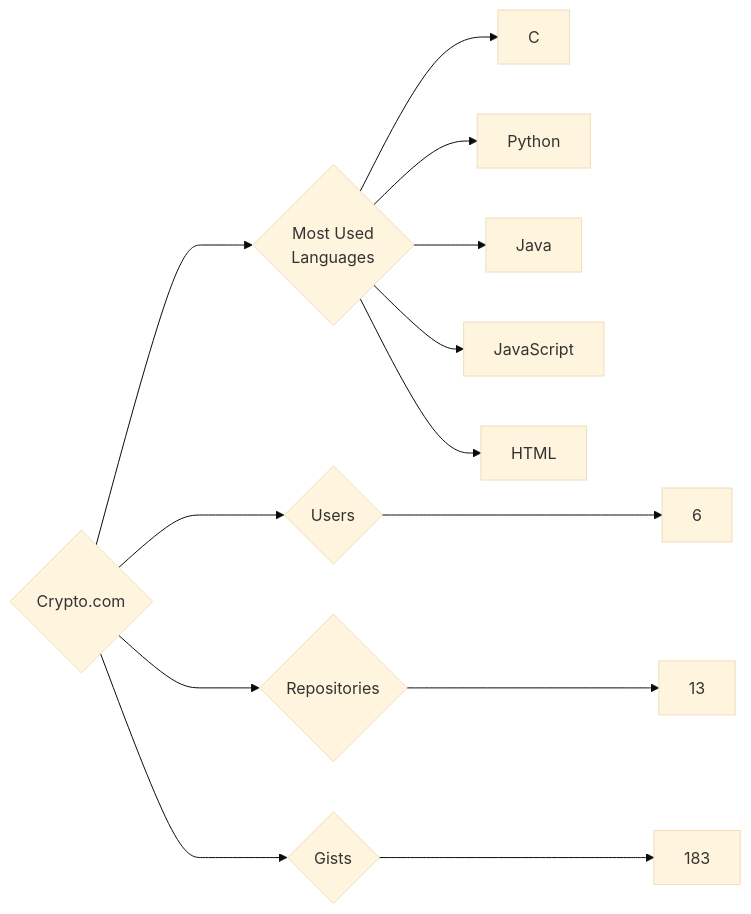
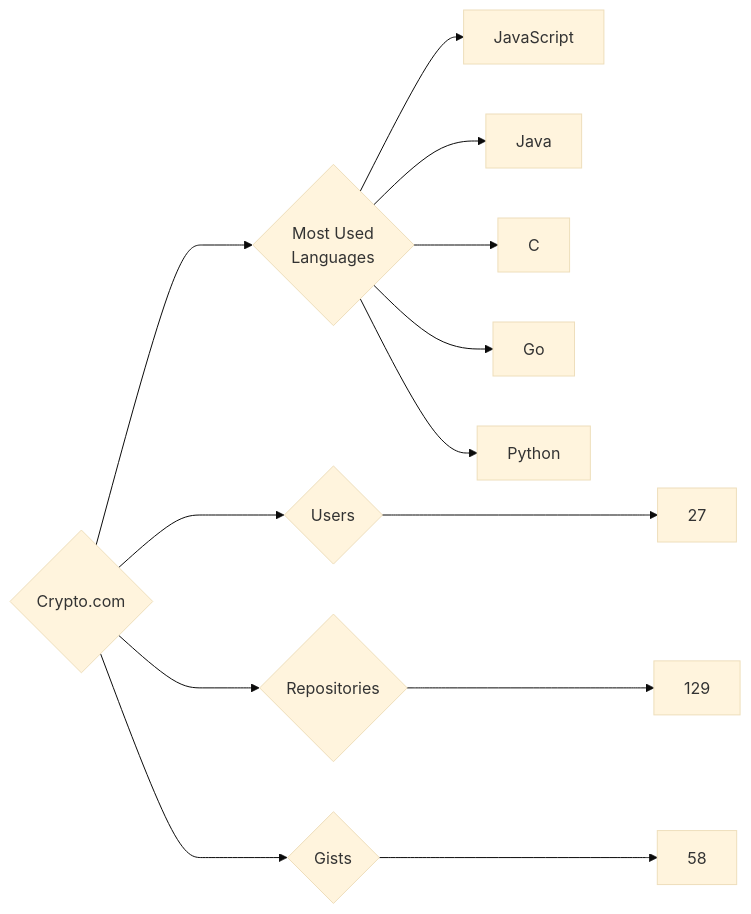
Before and after one commit to trickest/insiders: the diagram in targets/Crypto.com/README.md, drawn with Mermaid (base theme). The commit also changed 899 other files, not shown here.

````diff
--- a/targets/Crypto.com/README.md
+++ b/targets/Crypto.com/README.md
@@ -3,13 +3,13 @@
 ```mermaid
 graph LR
 COMPANY_NAME{Crypto.com}
-COMPANY_NAME ---> U{Users} ---> UN[6]
-COMPANY_NAME ---> R{Repositories} ---> RN[13]
-COMPANY_NAME ---> G{Gists} ---> GN[183]
+COMPANY_NAME ---> U{Users} ---> UN[27]
+COMPANY_NAME ---> R{Repositories} ---> RN[129]
+COMPANY_NAME ---> G{Gists} ---> GN[58]
 COMPANY_NAME ---> ML{Most Used<br>Languages}
+ML --> JavaScript[JavaScript]
+ML --> Java[Java]
 ML --> C[C]
+ML --> Go[Go]
 ML --> Python[Python]
-ML --> Java[Java]
-ML --> JavaScript[JavaScript]
-ML --> HTML[HTML]
 ```
````
